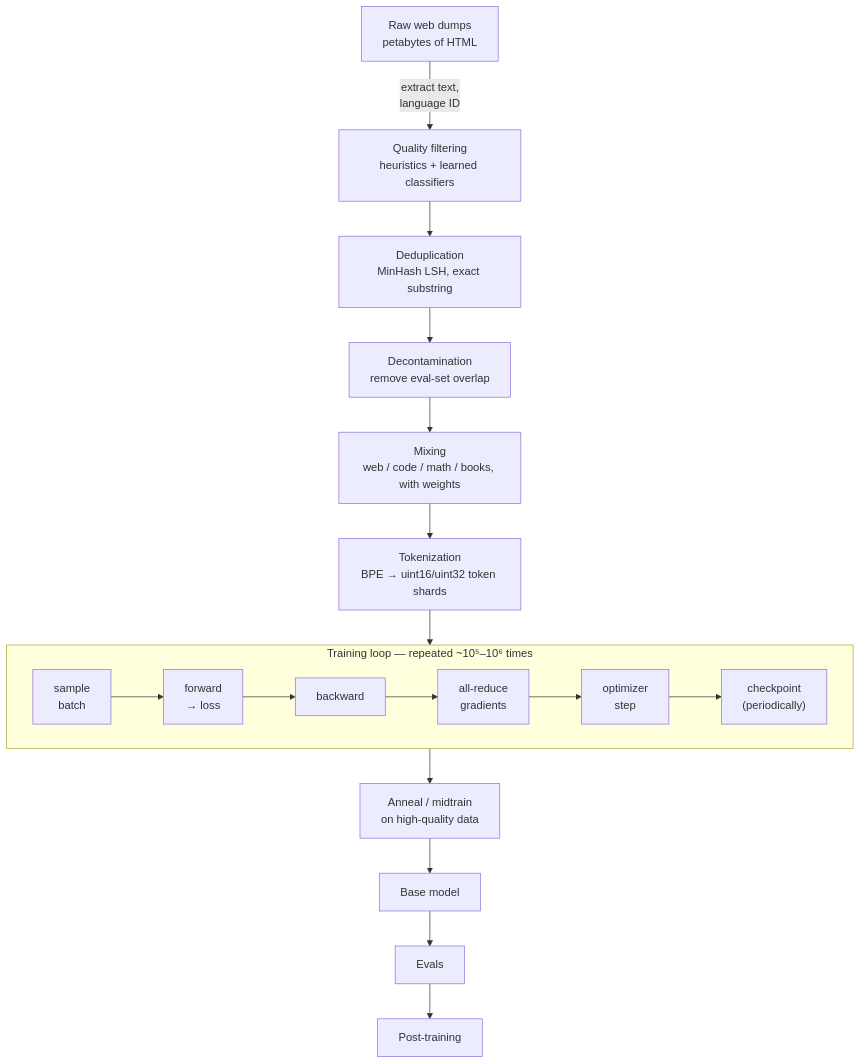
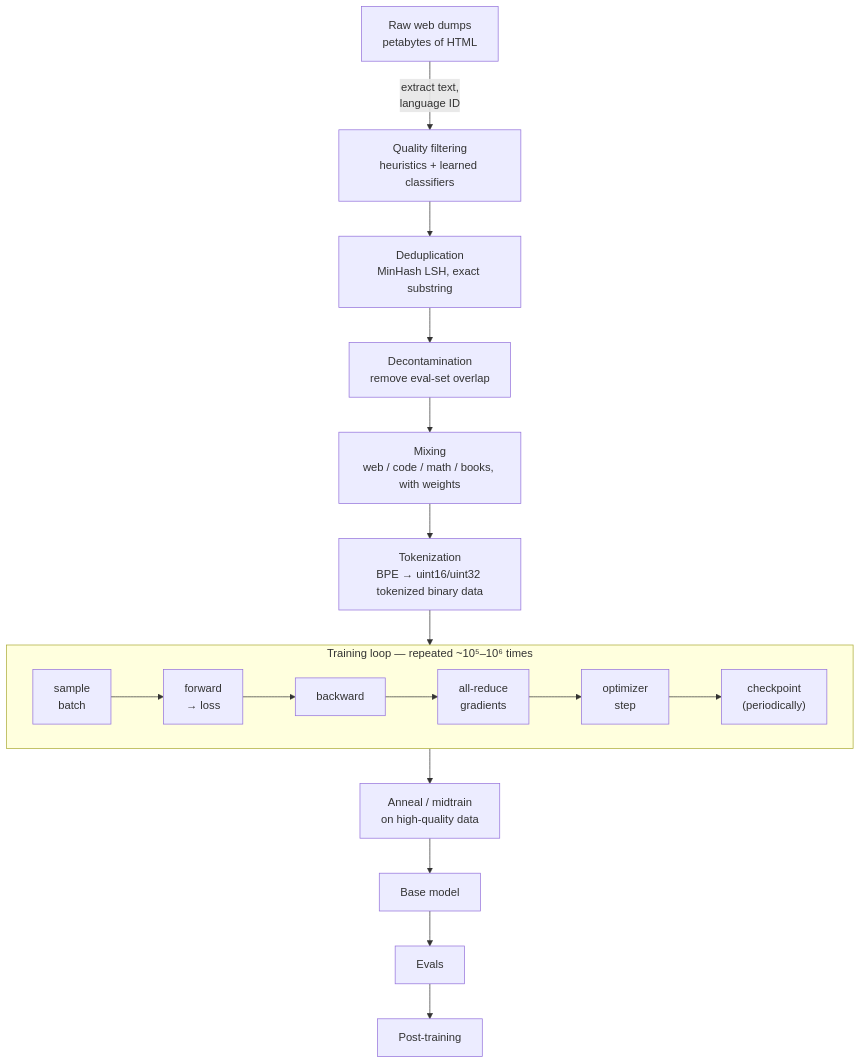
One commit to adiel2012/llm-pretraining changed the first of 8 diagrams in README.md. Above: the diagram before and after it, drawn with Mermaid. The commit also changed other lines of this file and 1 other file, not shown here.

````diff
--- a/README.md
+++ b/README.md
@@ -137,15 +137,15 @@
 ```mermaid
 flowchart TD
     A["Raw web dumps<br/>petabytes of HTML"] -->|"extract text,<br/>language ID"| B["Quality filtering<br/>heuristics + learned classifiers"]
     B --> C["Deduplication<br/>MinHash LSH, exact substring"]
     C --> D["Decontamination<br/>remove eval-set overlap"]
     D --> E["Mixing<br/>web / code / math / books, with weights"]
-    E --> F["Tokenization<br/>BPE → uint16/uint32 token shards"]
+    E --> F["Tokenization<br/>BPE → uint16/uint32 tokenized binary data"]
     F --> G
     subgraph G["Training loop — repeated ~10⁵–10⁶ times"]
         direction LR
         G1["sample<br/>batch"] --> G2["forward<br/>→ loss"] --> G3["backward"] --> G4["all-reduce<br/>gradients"] --> G5["optimizer<br/>step"] --> G6["checkpoint<br/>(periodically)"]
     end
     G --> H["Anneal / midtrain<br/>on high-quality data"]
     H --> I["Base model"] --> J["Evals"] --> K["Post-training"]
 ```
````
